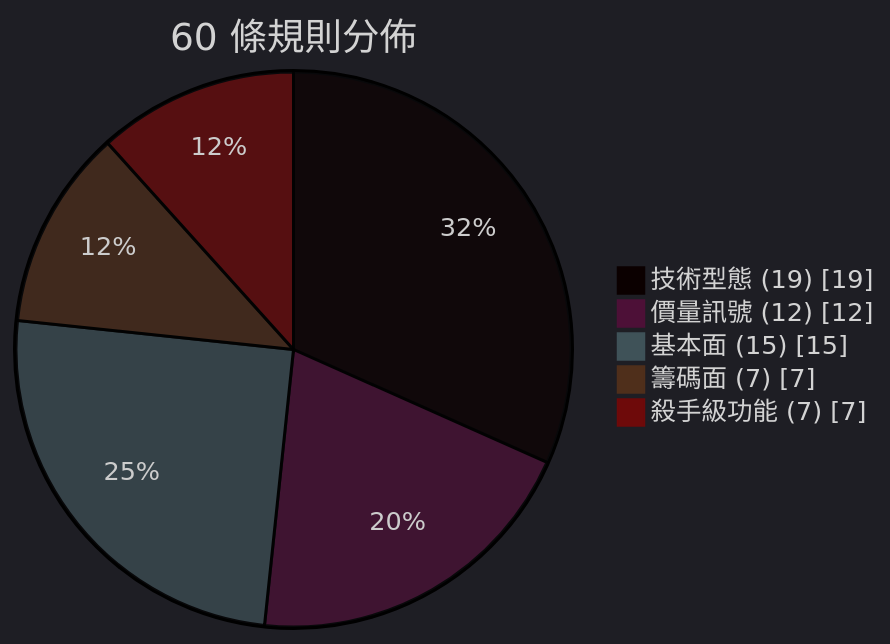
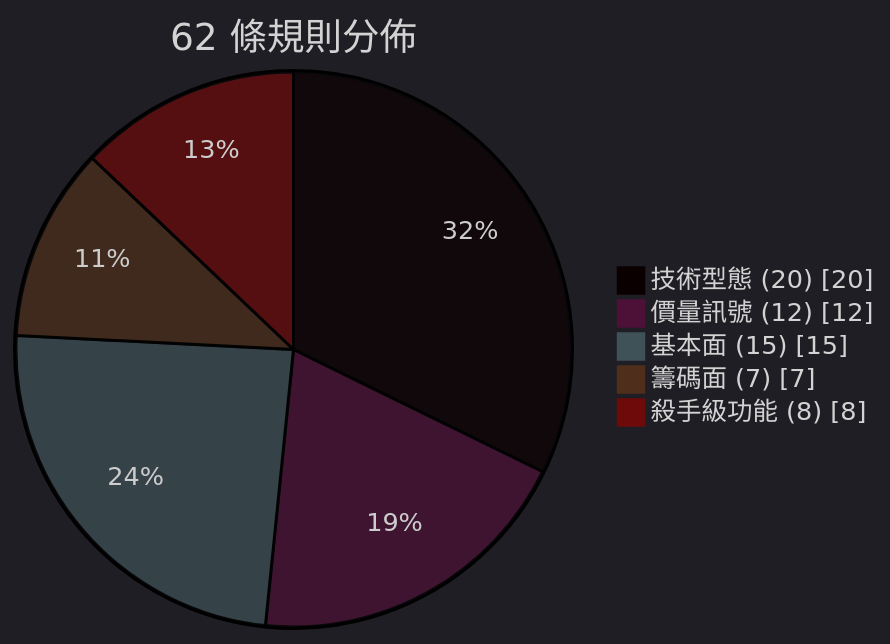
One commit to Neal75418/afterclose changed the second of 2 diagrams in README.md. Above: the diagram before and after it, drawn with Mermaid. The commit also changed other lines of this file and 4 other files, not shown here.

````diff
--- a/README.md
+++ b/README.md
@@ -174,9 +175,9 @@
 ```mermaid
 %%{init: {'theme': 'dark'}}%%
-pie showData title 60 條規則分佈
-    "技術型態 (19)" : 19
+pie showData title 62 條規則分佈
+    "技術型態 (20)" : 20
     "價量訊號 (12)" : 12
     "基本面 (15)" : 15
     "籌碼面 (7)" : 7
-    "殺手級功能 (7)" : 7
+    "殺手級功能 (8)" : 8
 ```
````
